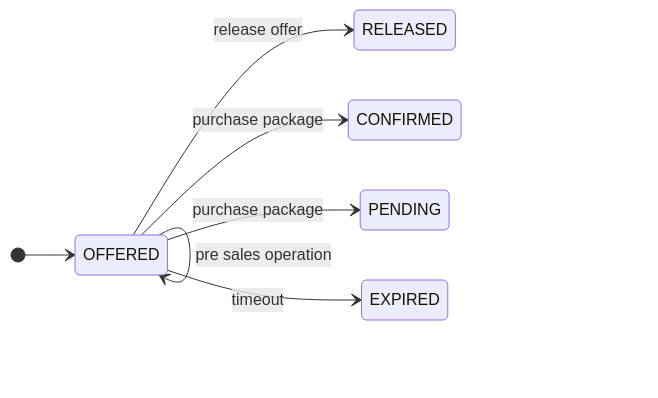
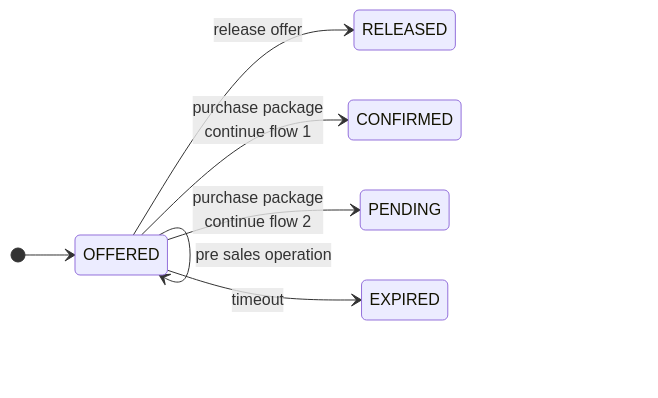
Before and after one commit to TOMP-WG/TOMP-API: the third of 5 diagrams in wiki/modules/purchase-flow.md, drawn with Mermaid. The commit also changed other lines of this file, not shown here.

Commit message:
bug in rollback (2phase)

````diff
--- a/wiki/modules/purchase-flow.md
+++ b/wiki/modules/purchase-flow.md
@@ -64,10 +64,10 @@
 ```mermaid
 stateDiagram-v2
     DIRECTION LR
     [*] --> OFFERED
     OFFERED --> OFFERED : pre sales operation
     OFFERED --> RELEASED : release offer
-    OFFERED --> CONFIRMED : purchase package
-    OFFERED --> PENDING : purchase package
+    OFFERED --> CONFIRMED : purchase package<br>continue flow 1
+    OFFERED --> PENDING : purchase package<br>continue flow 2
     OFFERED --> EXPIRED : timeout
 ```
````
